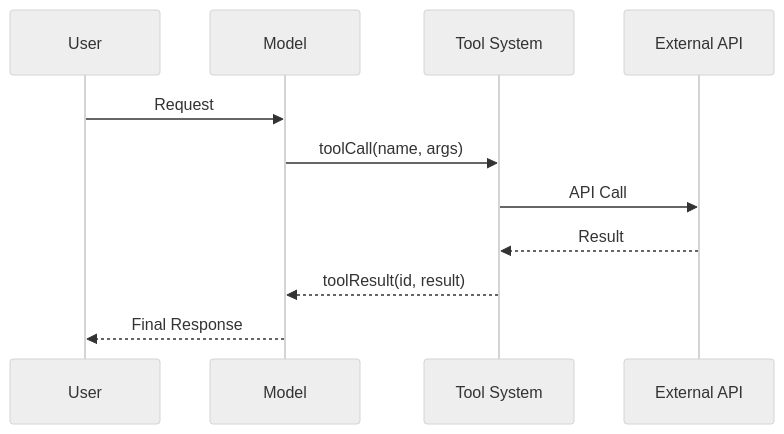
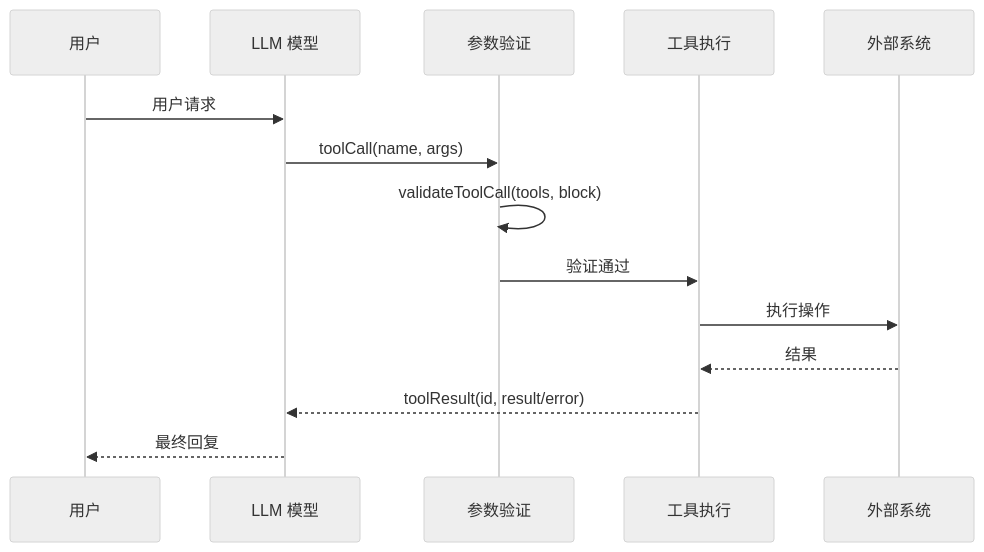
The seventh of 9 diagrams in openclaw/PI-AGENT-GUIDE.md (caicongyang/bloger), drawn with Mermaid (neutral theme) before and after one commit. The commit also changed other lines of this file and 13 other files, not shown here.

````diff
--- a/openclaw/PI-AGENT-GUIDE.md
+++ b/openclaw/PI-AGENT-GUIDE.md
@@ -508,14 +758,17 @@
 ```mermaid
 sequenceDiagram
-    participant U as User
-    participant M as Model
-    participant T as Tool System
-    participant E as External API
-    
-    U->>M: Request
-    M->>T: toolCall(name, args)
-    T->>E: API Call
-    E-->>T: Result
-    T-->>M: toolResult(id, result)
-    M-->>U: Final Response
+    participant U as 用户
+    participant M as LLM 模型
+    participant V as 参数验证
+    participant T as 工具执行
+    participant E as 外部系统
+
+    U->>M: 用户请求
+    M->>V: toolCall(name, args)
+    V->>V: validateToolCall(tools, block)
+    V->>T: 验证通过
+    T->>E: 执行操作
+    E-->>T: 结果
+    T-->>M: toolResult(id, result/error)
+    M-->>U: 最终回复
 ```
````
